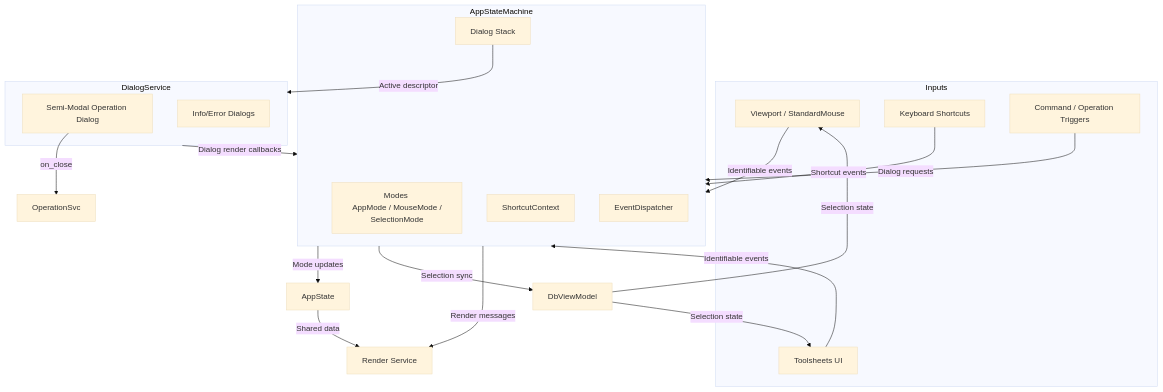
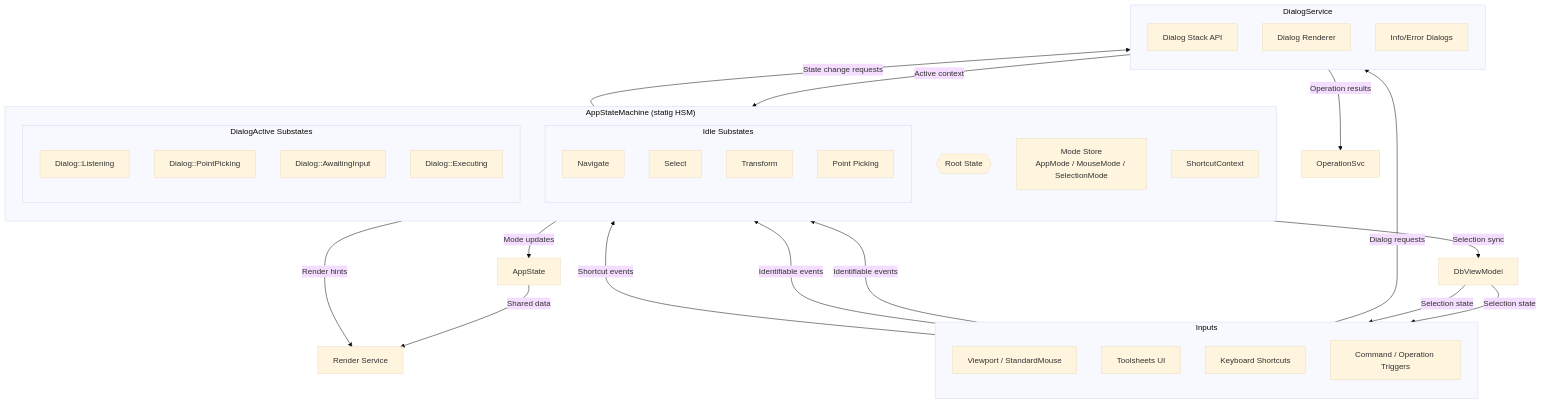
The diagram in amrust_render_demo/docs/app_state_machine_architecture.md (vshashi01/amrust), drawn with Mermaid (base theme) before and after one commit. The commit also changed other lines of this file, not shown here.

````diff
--- a/amrust_render_demo/docs/app_state_machine_architecture.md
+++ b/amrust_render_demo/docs/app_state_machine_architecture.md
@@ -3,38 +3,56 @@
 ```mermaid
 flowchart TD
-    subgraph Inputs
-        Viewport[Viewport / StandardMouse]
-        Toolsheets[Toolsheets UI]
-        Shortcuts[Keyboard Shortcuts]
-        Commands[Command / Operation Triggers]
+    subgraph Inputs["Inputs"]
+        direction TB
+        Viewport["Viewport / StandardMouse"]
+        Toolsheets["Toolsheets UI"]
+        Shortcuts["Keyboard Shortcuts"]
+        Commands["Command / Operation Triggers"]
     end
 
-    Viewport -- Identifiable events --> ASM
-    Toolsheets -- Identifiable events --> ASM
-    Shortcuts -- Shortcut events --> ASM
-    Commands -- Dialog requests --> ASM
+    subgraph HSM["AppStateMachine (statig HSM)"]
+        direction TB
+        RootState{{"Root State"}}
+        Modes["Mode Store<br/>AppMode / MouseMode / SelectionMode"]
+        ShortcutCtx["ShortcutContext"]
 
-    subgraph ASM[AppStateMachine]
-        Modes[Modes \n AppMode / MouseMode / SelectionMode]
-        ShortContext[ShortcutContext]
-        Dispatcher[EventDispatcher]
-        DialogStack[Dialog Stack]
+        subgraph IdleTree["Idle Substates"]
+            direction TB
+            IdleNavigate["Navigate"]
+            IdleSelect["Select"]
+            IdleTransform["Transform"]
+            IdlePointPick["Point Picking"]
+        end
+
+        subgraph DialogTree["DialogActive Substates"]
+            direction TB
+            DialogListening["Dialog::Listening"]
+            DialogPointPick["Dialog::PointPicking"]
+            DialogAwaiting["Dialog::AwaitingInput"]
+            DialogExecuting["Dialog::Executing"]
+        end
     end
 
-    ASM -- Mode updates --> AppState
-    ASM -- Selection sync --> DbViewModel
-    ASM -- Render messages --> RenderSvc
-    DialogStack -- Active descriptor --> DialogService
-
-    subgraph DialogService
-        SemiModal[Semi-Modal Operation Dialog]
-        Info[Info/Error Dialogs]
+    subgraph DialogSvc["DialogService"]
+        direction TB
+        DialogAPI["Dialog Stack API"]
+        StackRenderer["Dialog Renderer"]
+        InfoDialogs["Info/Error Dialogs"]
     end
 
-    DialogService -- Dialog render callbacks --> ASM
-    SemiModal -- on_close --> OperationSvc
+    Viewport -- "Identifiable events" --> RootState
+    Toolsheets -- "Identifiable events" --> RootState
+    Shortcuts -- "Shortcut events" --> RootState
+    Commands -- "Dialog requests" --> DialogAPI
 
-    AppState -- Shared data --> RenderSvc[Render Service]
-    DbViewModel -- Selection state --> Toolsheets
-    DbViewModel -- Selection state --> Viewport
+    DialogAPI -- "Active context" --> RootState
+    RootState -- "State change requests" --> DialogAPI
+
+    RootState -- "Mode updates" --> AppState
+    RootState -- "Selection sync" --> DbViewModel
+    AppState -- "Shared data" --> RenderSvc["Render Service"]
+    RootState -- "Render hints" --> RenderSvc
+    DbViewModel -- "Selection state" --> Toolsheets
+    DbViewModel -- "Selection state" --> Viewport
+    DialogAPI -- "Operation results" --> OperationSvc
 ```
````
